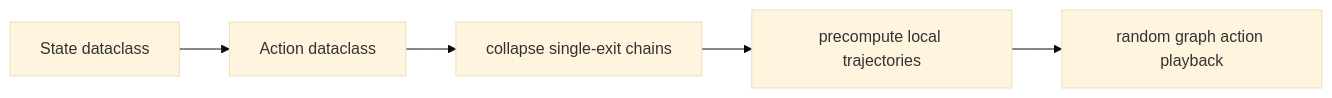
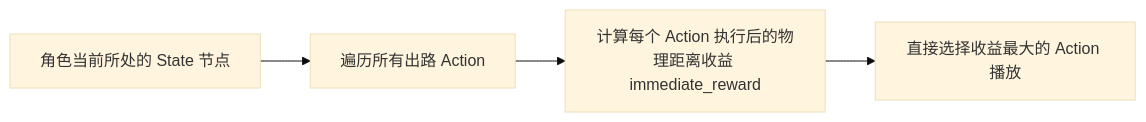
One commit to EvihGraphics/AnimationTech-HTC changed the fifth of 6 diagrams in docs/blog/AnimationPapers/precomputing_avatar_behavior/README.md. Above: the diagram before and after it, drawn with Mermaid (base theme). The commit also changed other lines of this file and 17 other files, not shown here.

Commit message:
docs(blog): standardize AnimationPapers and Theory with modular mermaid flows and media assets

````diff
--- a/docs/blog/AnimationPapers/precomputing_avatar_behavior/README.md
+++ b/docs/blog/AnimationPapers/precomputing_avatar_behavior/README.md
@@ -88,7 +118,6 @@
 ```mermaid
 flowchart LR
-    S[State dataclass] --> A[Action dataclass]
-    A --> C[collapse single-exit chains]
-    C --> T[precompute local trajectories]
-    T --> P[random graph action playback]
+    A[角色当前所处的 State 节点] --> B[遍历所有出路 Action]
+    B --> C[计算每个 Action 执行后的物理距离收益 immediate_reward]
+    C --> D[直接选择收益最大的 Action 播放]
 ```
````
